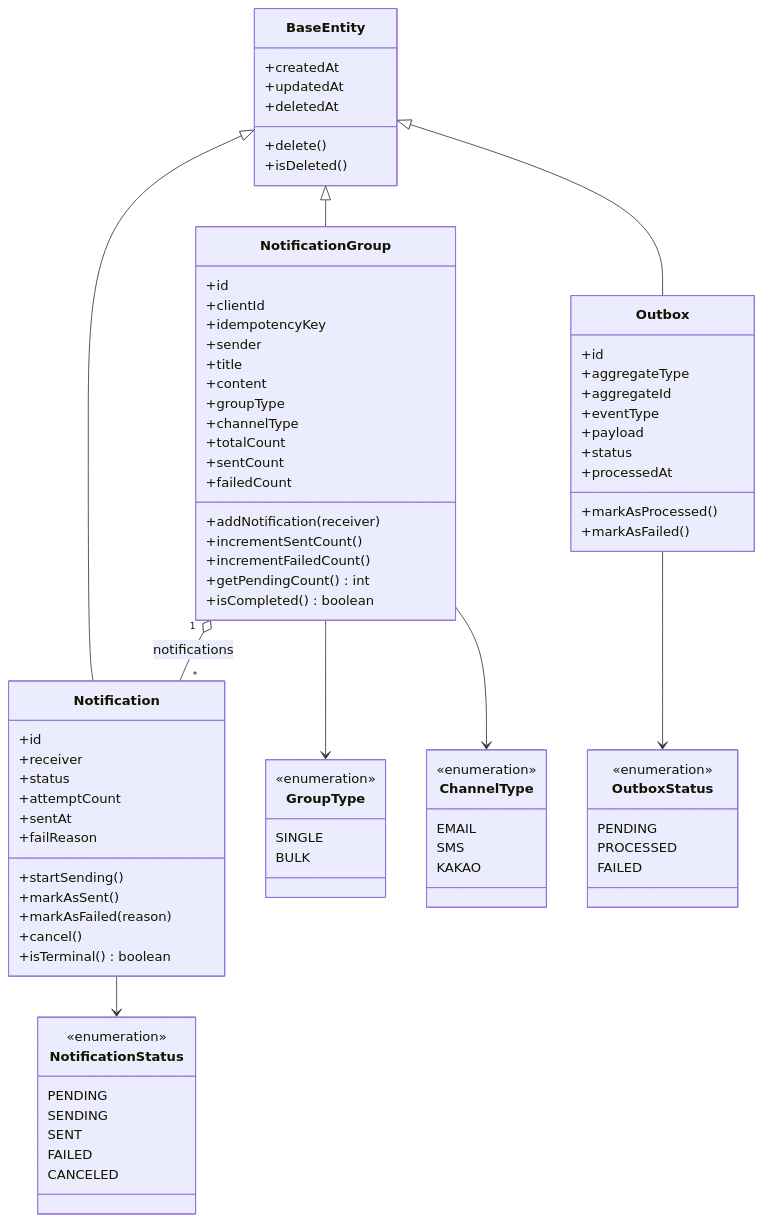
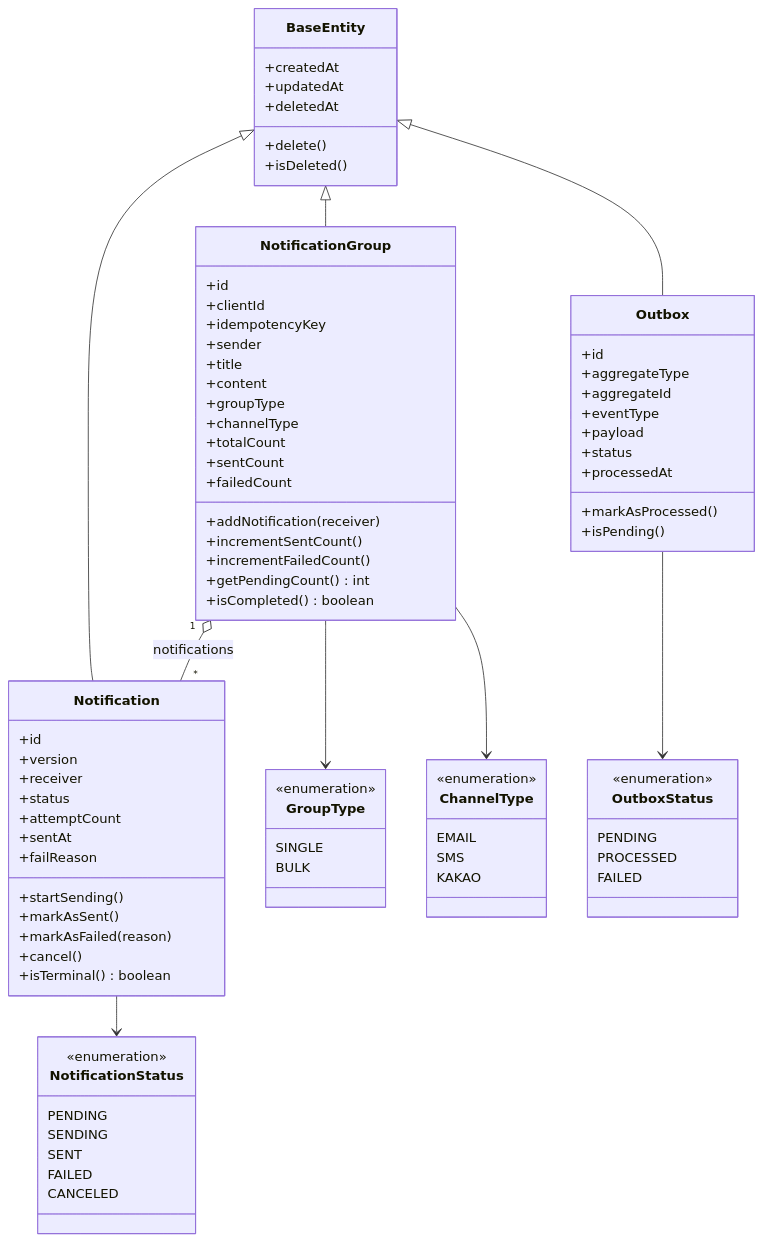
The second of 4 diagrams in docs/03-class-diagrams.md (yht0827/notification-dispatcher), drawn with Mermaid before and after one commit. The commit also changed other lines of this file and 2 other files, not shown here.

Commit message:
chore: ERD 및 다이어그램에 낙관적 락 `version` 필드 추가, 클래스 명칭 변경 및 문서 업데이트

```diff
--- a/docs/03-class-diagrams.md
+++ b/docs/03-class-diagrams.md
@@ -120,6 +120,7 @@
 
     class Notification {
       +id
+      +version
       +receiver
       +status
       +attemptCount
@@ -141,7 +142,7 @@
       +status
       +processedAt
       +markAsProcessed()
-      +markAsFailed()
+      +isPending()
     }
 
     class NotificationStatus {
```
